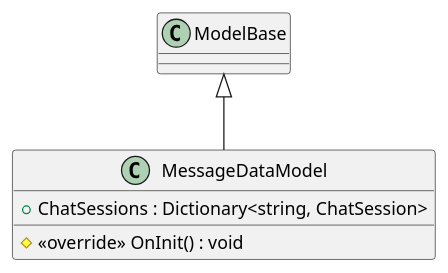
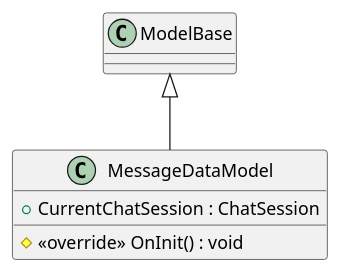
The diagram in src/Assets/Scripts/Core/MessageModule/puml/Model/MessageDataModel.puml (cutehusky/VirtualChat3D), drawn with PlantUML before and after one commit. The commit also changed 71 other files, not shown here.

First line of the commit message:
Update class diagram generation

```diff
--- a/src/Assets/Scripts/Core/MessageModule/puml/Model/MessageDataModel.puml
+++ b/src/Assets/Scripts/Core/MessageModule/puml/Model/MessageDataModel.puml
@@ -1,7 +1,7 @@
 @startuml
 class MessageDataModel {
-    + ChatSessions : Dictionary<string, ChatSession>
+    + CurrentChatSession : ChatSession
     # <<override>> OnInit() : void
 }
 ModelBase <|-- MessageDataModel
 @enduml
```
